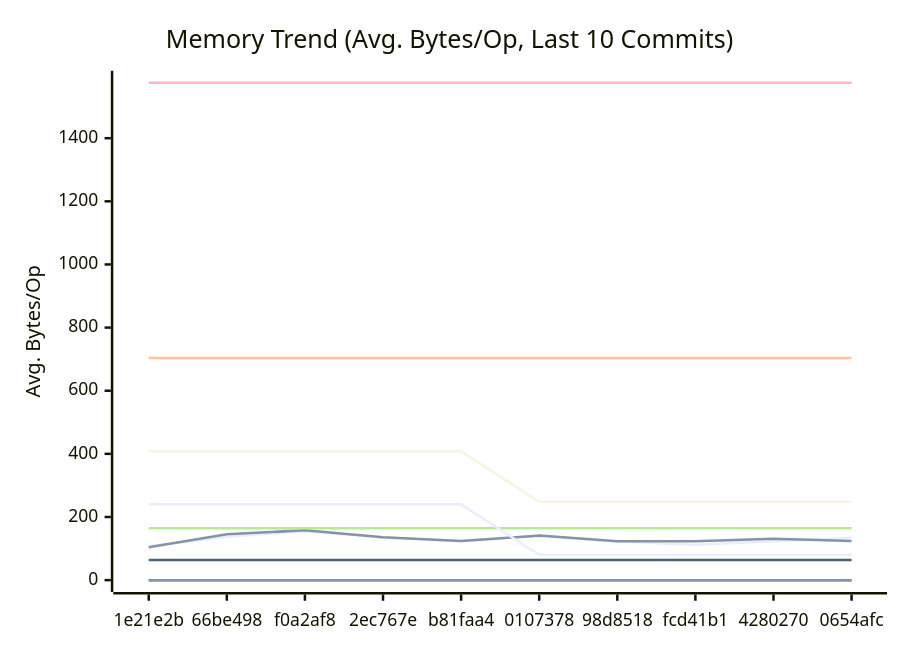
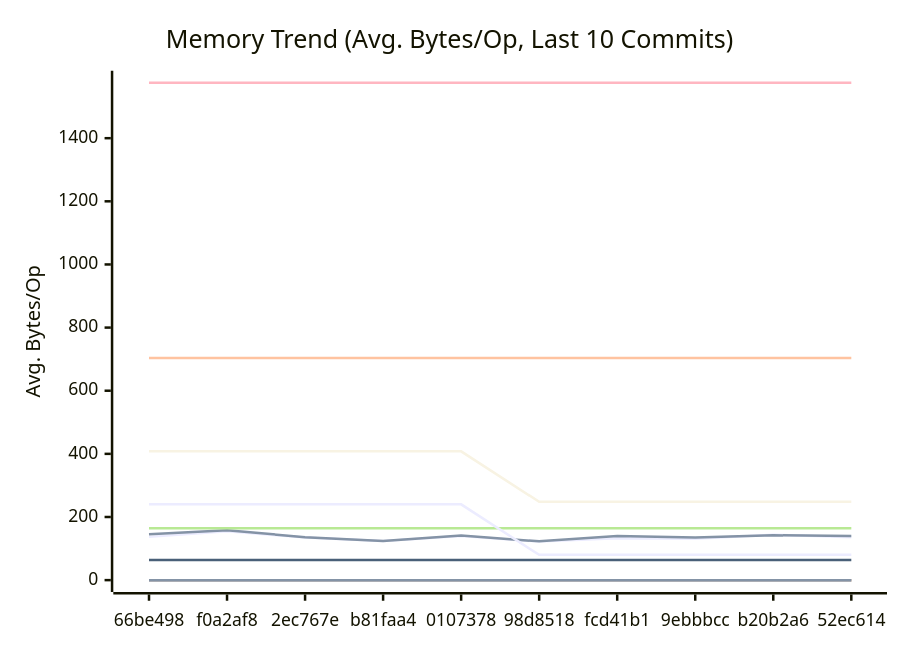
One commit to alsotoes/momo changed the second of 3 diagrams in docs/PERFORMANCE.md. Above: the diagram before and after it, drawn with Mermaid. The commit also changed other lines of this file and 1 other file, not shown here.

````diff
--- a/docs/PERFORMANCE.md
+++ b/docs/PERFORMANCE.md
@@ -171,20 +171,20 @@
 ```mermaid
 xychart-beta
     title "Memory Trend (Avg. Bytes/Op, Last 10 Commits)"
     x-axis "Commit"
     y-axis "Avg. Bytes/Op"
-    x-axis [1e21e2b,66be498,f0a2af8,2ec767e,b81faa4,0107378,98d8518,fcd41b1,4280270,0654afc]
-    line "AWSChunkedReaderSigned" [107,137,155,135,124,140,122,112,123,134]
-    line "AWSChunkedReaderUnsigned" [104,145,158,136,124,141,123,123,131,124]
+    x-axis [66be498,f0a2af8,2ec767e,b81faa4,0107378,98d8518,fcd41b1,9ebbbcc,b20b2a6,52ec614]
+    line "AWSChunkedReaderSigned" [137,155,135,124,140,122,133,131,144,136]
+    line "AWSChunkedReaderUnsigned" [145,158,136,124,141,123,140,135,142,140]
     line "CheckMetricsAndSwap" [0,0,0,0,0,0,0,0,0,0]
     line "CrushOptimized" [0,0,0,0,0,0,0,0,0,0]
     line "CrushOriginal" [164,164,164,164,164,164,164,164,164,164]
     line "IndexDirectTracking" [0,0,0,0,0,0,0,0,0,0]
     line "IndexSearch" [0,0,0,0,0,0,0,0,0,0]
     line "LoadGlobalConfig" [1576,1576,1576,1576,1576,1576,1576,1576,1576,1576]
     line "PadString" [64,64,64,64,64,64,64,64,64,64]
     line "ParseReplicationOrder_NoPrealloc" [408,408,408,408,408,248,248,248,248,248]
     line "ParseReplicationOrder_Prealloc" [240,240,240,240,240,80,80,80,80,80]
     line "SanitizeLog/Safe" [0,0,0,0,0,0,0,0,0,0]
     line "SanitizeLog/Unsafe" [704,704,704,704,704,704,704,704,704,704]
 ```
````
